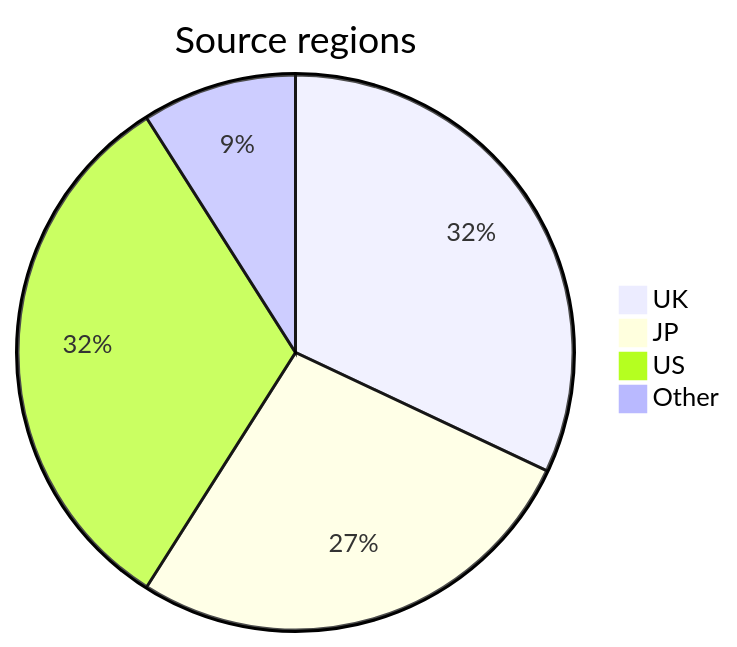
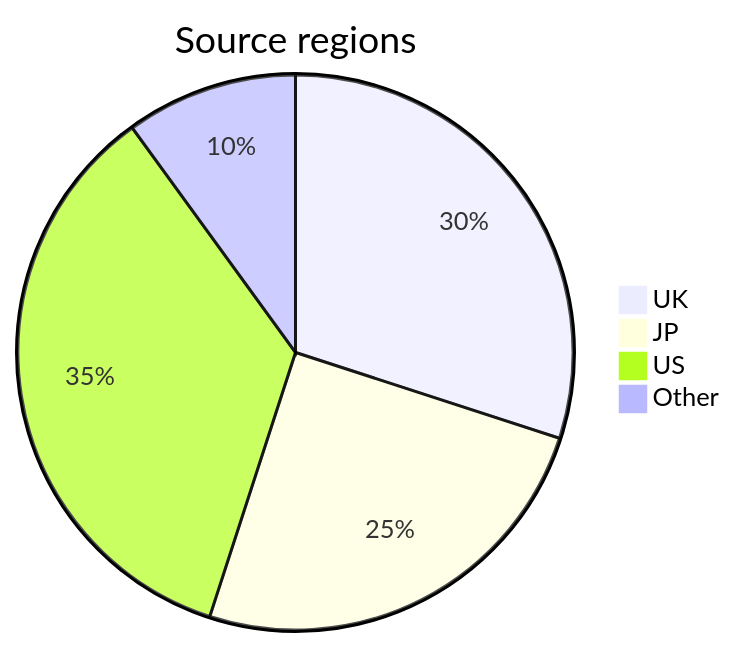
One commit to ace-dent/gbc-hw changed the diagram in gbc-census/docs/notes.md. Above: the diagram before and after it, drawn with Mermaid. The commit also changed other lines of this file and 5 other files, not shown here.

````diff
--- a/gbc-census/docs/notes.md
+++ b/gbc-census/docs/notes.md
@@ -47,7 +47,7 @@
 ```mermaid
 pie title Source regions
-    "UK" : 32
-    "JP" : 27
-    "US" : 32
-    "Other" : 9
+    "UK" : 30
+    "JP" : 25
+    "US" : 35
+    "Other" : 10
 ```
````
